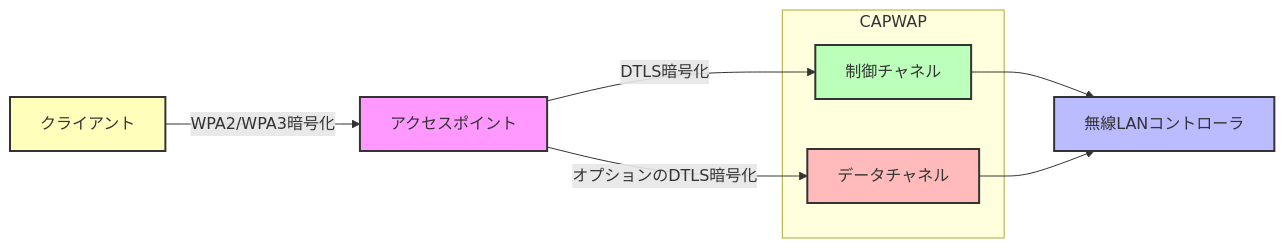
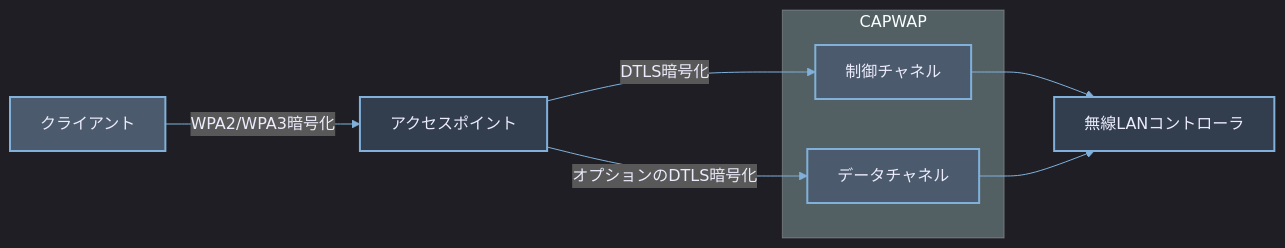
The second of 2 diagrams in src/content/blog/wlan_basic.md (Code-Hex/blog), drawn with Mermaid before and after one commit. The commit also changed other lines of this file, not shown here.

Commit message:
changed mermaid theme

````diff
--- a/src/content/blog/wlan_basic.md
+++ b/src/content/blog/wlan_basic.md
@@ -289,19 +288,20 @@
 ```mermaid
+%%{init: {'theme': 'dark', 'themeVariables': { 'background': '#2D3436', 'primaryColor': '#4EAEC9', 'secondaryColor': '#323D4D', 'tertiaryColor': '#4B5A6C', 'mainBkg': '#2D3436', 'secondBkg': '#323D4D', 'lineColor': '#81B1DB', 'textColor': '#ECECFD' }}}%%
 graph LR
     CL[クライアント] -- WPA2/WPA3暗号化 --> AP[アクセスポイント]
     AP -- DTLS暗号化 --> CC[制御チャネル]
     AP -- オプションのDTLS暗号化 --> DC[データチャネル]
     CC --> WLC[無線LANコントローラ]
     DC --> WLC
 
     subgraph CAPWAP
     CC
     DC
     end
 
-    style CL fill:#ffb,stroke:#333,stroke-width:2px
-    style AP fill:#f9f,stroke:#333,stroke-width:2px
-    style WLC fill:#bbf,stroke:#333,stroke-width:2px
-    style CC fill:#bfb,stroke:#333,stroke-width:2px
-    style DC fill:#fbb,stroke:#333,stroke-width:2px
+    style CL fill:#4B5A6C,stroke:#81B1DB,stroke-width:2px,color:#ECECFD
+    style AP fill:#323D4D,stroke:#81B1DB,stroke-width:2px,color:#ECECFD
+    style WLC fill:#323D4D,stroke:#81B1DB,stroke-width:2px,color:#ECECFD
+    style CC fill:#4B5A6C,stroke:#81B1DB,stroke-width:2px,color:#ECECFD
+    style DC fill:#4B5A6C,stroke:#81B1DB,stroke-width:2px,color:#ECECFD
 ```
````
